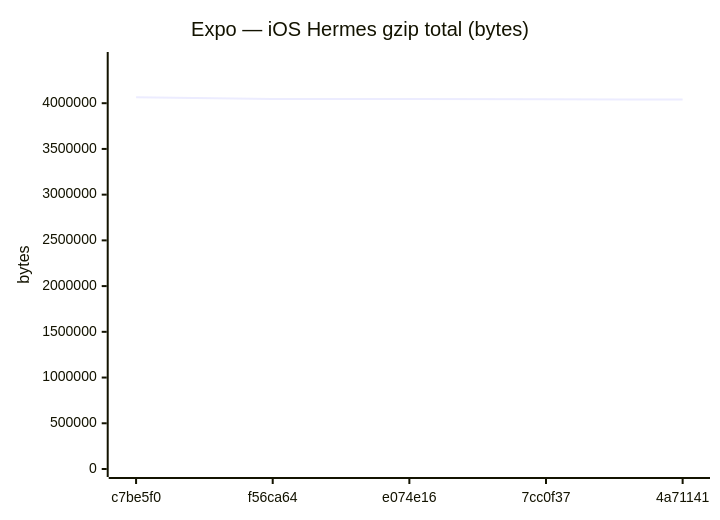
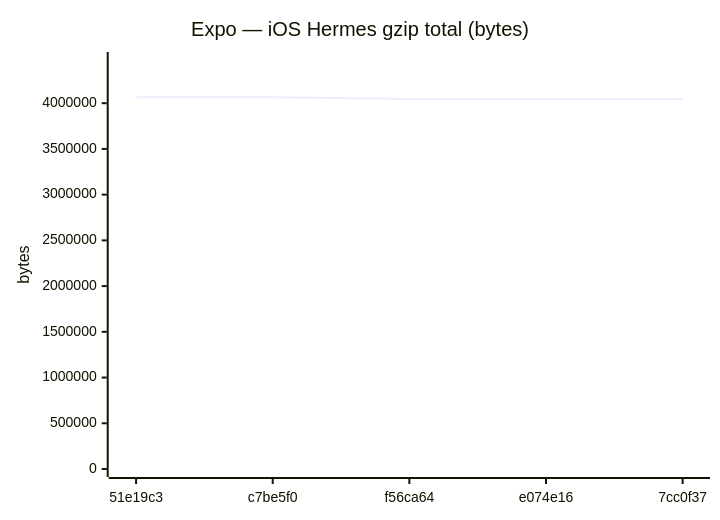
Diagram 12 of 18 in benchmarks/compare.md (Metaheurist/Rianell), drawn with Mermaid before and after one commit. The commit also changed other lines of this file and 11 other files, not shown here.

````diff
--- a/benchmarks/compare.md
+++ b/benchmarks/compare.md
@@ -179,7 +179,7 @@
 ```mermaid
 xychart-beta
     title "Expo — iOS Hermes gzip total (bytes)"
-    x-axis ["c7be5f0", "f56ca64", "e074e16", "7cc0f37", "4a71141"]
+    x-axis ["51e19c3", "c7be5f0", "f56ca64", "e074e16", "7cc0f37"]
     y-axis "bytes" 0 --> 4472399
-    line [4065817, 4047233, 4047234, 4042958, 4039809]
+    line [4065816, 4065817, 4047233, 4047234, 4042958]
 ```
````
